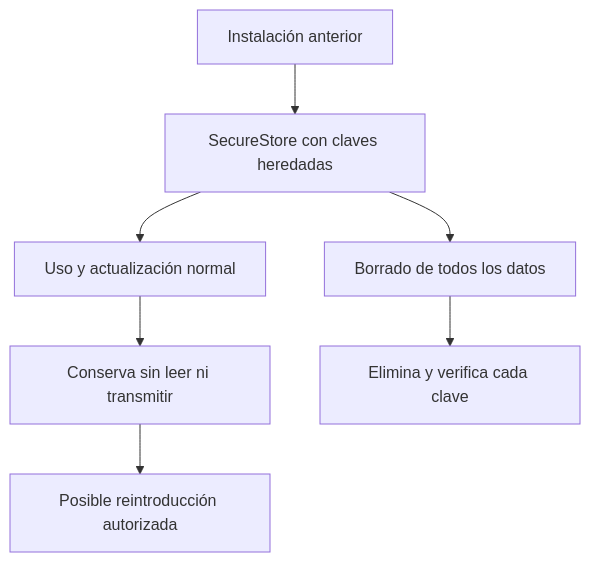
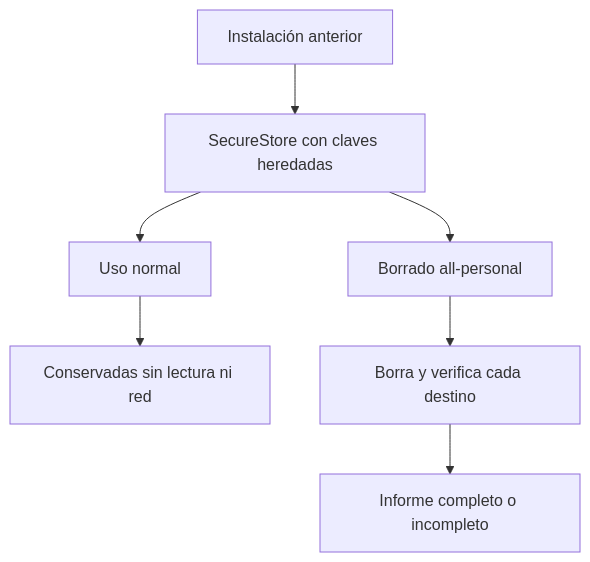
Before and after one commit to maximofn/gymnasia: the first of 2 diagrams in openwiki/integrations/vivagym-and-updates.md, drawn with Mermaid. The commit also changed other lines of this file and 54 other files, not shown here.

````diff
--- a/openwiki/integrations/vivagym-and-updates.md
+++ b/openwiki/integrations/vivagym-and-updates.md
@@ -55,9 +65,9 @@
 ```mermaid
 flowchart TD
-    Legacy["Instalación anterior"] --> Secure["SecureStore con claves heredadas"]
-    Secure --> Normal["Uso y actualización normal"]
-    Normal --> Retain["Conserva sin leer ni transmitir"]
-    Secure --> Full["Borrado de todos los datos"]
-    Full --> Delete["Elimina y verifica cada clave"]
-    Retain --> Future["Posible reintroducción autorizada"]
+    OldInstall["Instalación anterior"] --> SecureStore["SecureStore con claves heredadas"]
+    SecureStore --> NormalUse["Uso normal"]
+    NormalUse --> Retained["Conservadas sin lectura ni red"]
+    SecureStore --> FullDelete["Borrado all-personal"]
+    FullDelete --> DeleteVerify["Borra y verifica cada destino"]
+    DeleteVerify --> Report["Informe completo o incompleto"]
 ```
````
